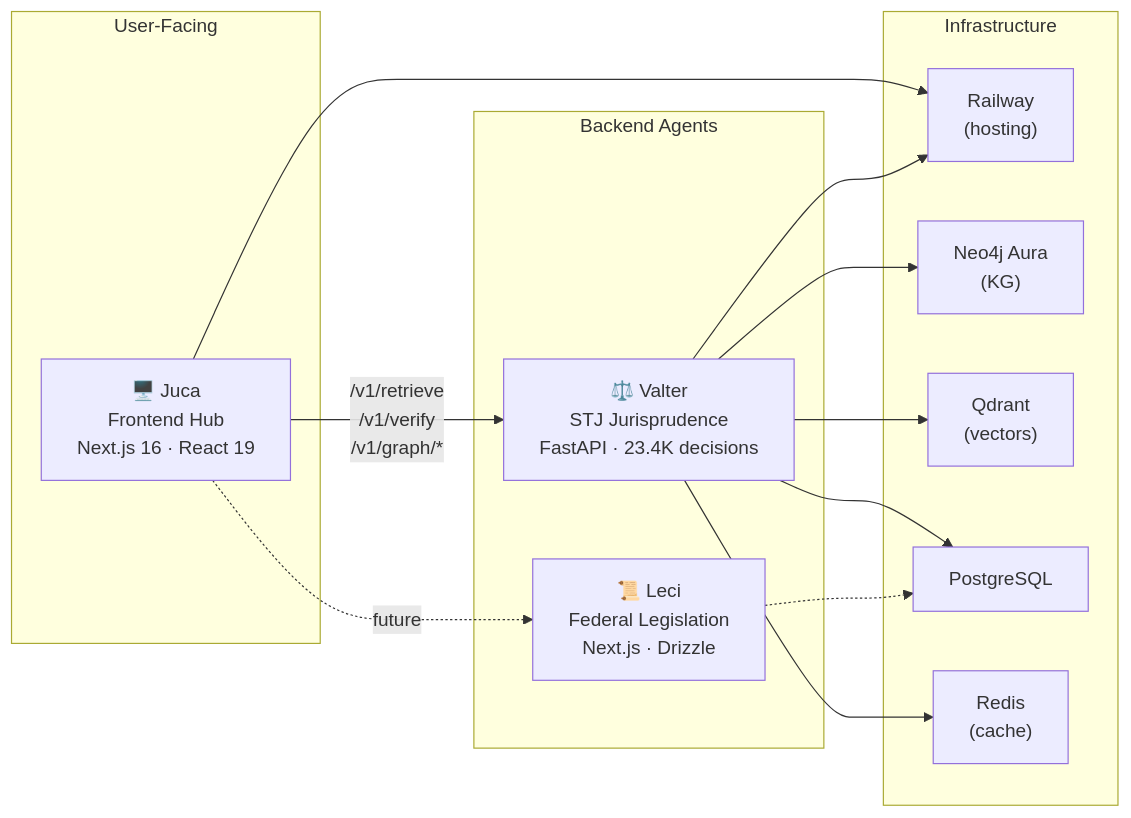
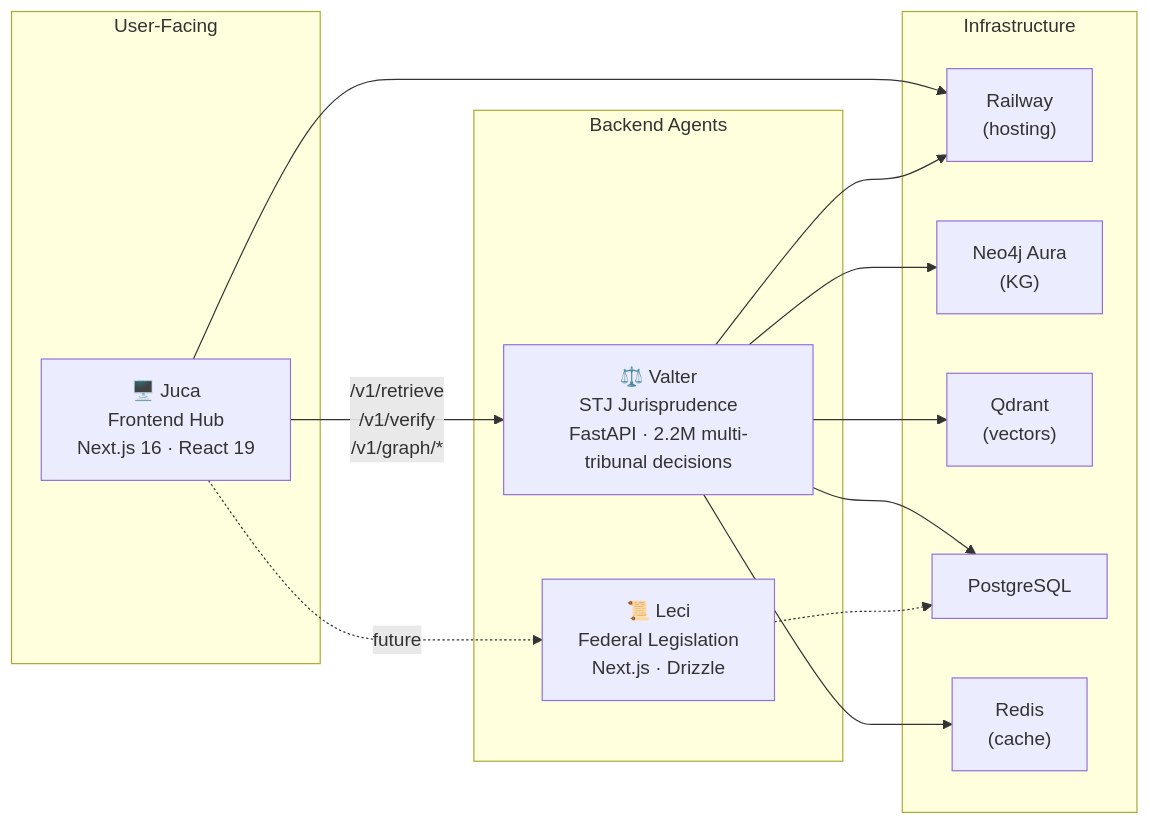
Before and after one commit to sensdiego/sens.legal: the first of 6 diagrams in sites/juca/src/content/docs/architecture/diagrams.md, drawn with Mermaid. The commit also changed 14 other files, not shown here.

First line of the commit message:
docs(juca): sync with current Valter state — 2.2M decisions, 31 MCP tools, updated KG numbers

````diff
--- a/sites/juca/src/content/docs/architecture/diagrams.md
+++ b/sites/juca/src/content/docs/architecture/diagrams.md
@@ -17,27 +17,27 @@
 ```mermaid
 graph LR
     subgraph "User-Facing"
         Juca["🖥️ Juca<br/>Frontend Hub<br/>Next.js 16 · React 19"]
     end
     subgraph "Backend Agents"
-        Valter["⚖️ Valter<br/>STJ Jurisprudence<br/>FastAPI · 23.4K decisions"]
+        Valter["⚖️ Valter<br/>STJ Jurisprudence<br/>FastAPI · 2.2M multi-tribunal decisions"]
         Leci["📜 Leci<br/>Federal Legislation<br/>Next.js · Drizzle"]
     end
     subgraph "Infrastructure"
         Railway["Railway<br/>(hosting)"]
         Neo4j["Neo4j Aura<br/>(KG)"]
         Qdrant["Qdrant<br/>(vectors)"]
         PG["PostgreSQL"]
         Redis["Redis<br/>(cache)"]
     end
 
     Juca -->|"/v1/retrieve<br/>/v1/verify<br/>/v1/graph/*"| Valter
     Juca -.->|"future"| Leci
     Valter --> Neo4j
     Valter --> Qdrant
     Valter --> PG
     Valter --> Redis
     Leci -.-> PG
     Juca --> Railway
     Valter --> Railway
 ```
````
